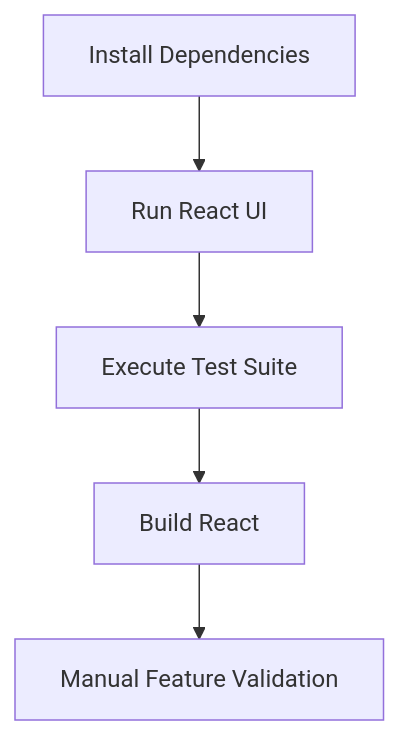
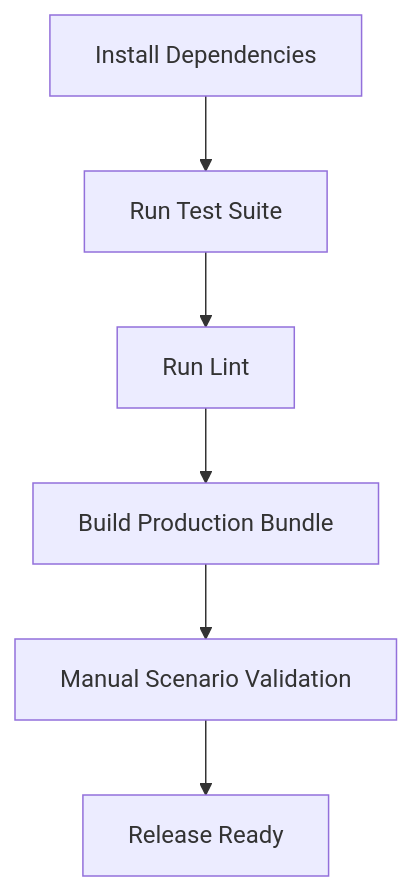
One commit to ramalokeshreddyp/KernelCanvas changed the fifth of 5 diagrams in README.md. Above: the diagram before and after it, drawn with Mermaid. The commit also changed other lines of this file and 51 other files, not shown here.

````diff
--- a/README.md
+++ b/README.md
@@ -399,7 +185,8 @@
 ```mermaid
 flowchart TD
-	A[Install Dependencies] --> B[Run React UI]
-	B --> C[Execute Test Suite]
-	C --> D[Build React]
-	D --> E[Manual Feature Validation]
+  I[Install Dependencies] --> T[Run Test Suite]
+  T --> L[Run Lint]
+  L --> B[Build Production Bundle]
+  B --> M[Manual Scenario Validation]
+  M --> R[Release Ready]
 ```
````
